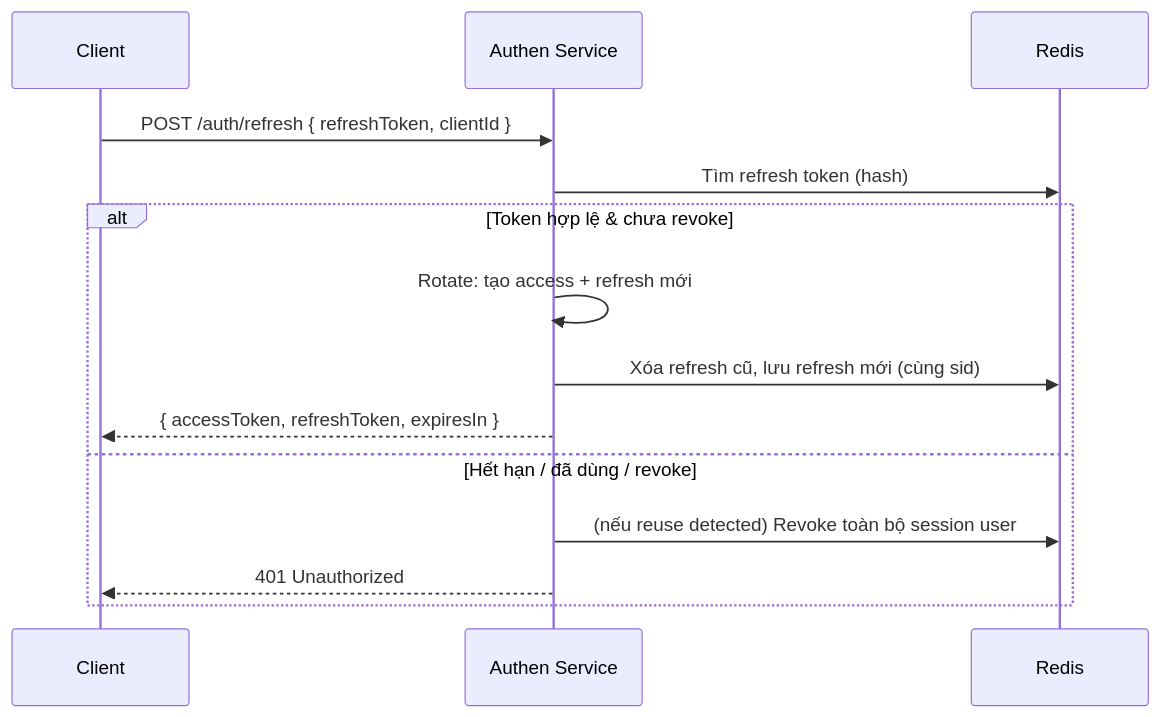
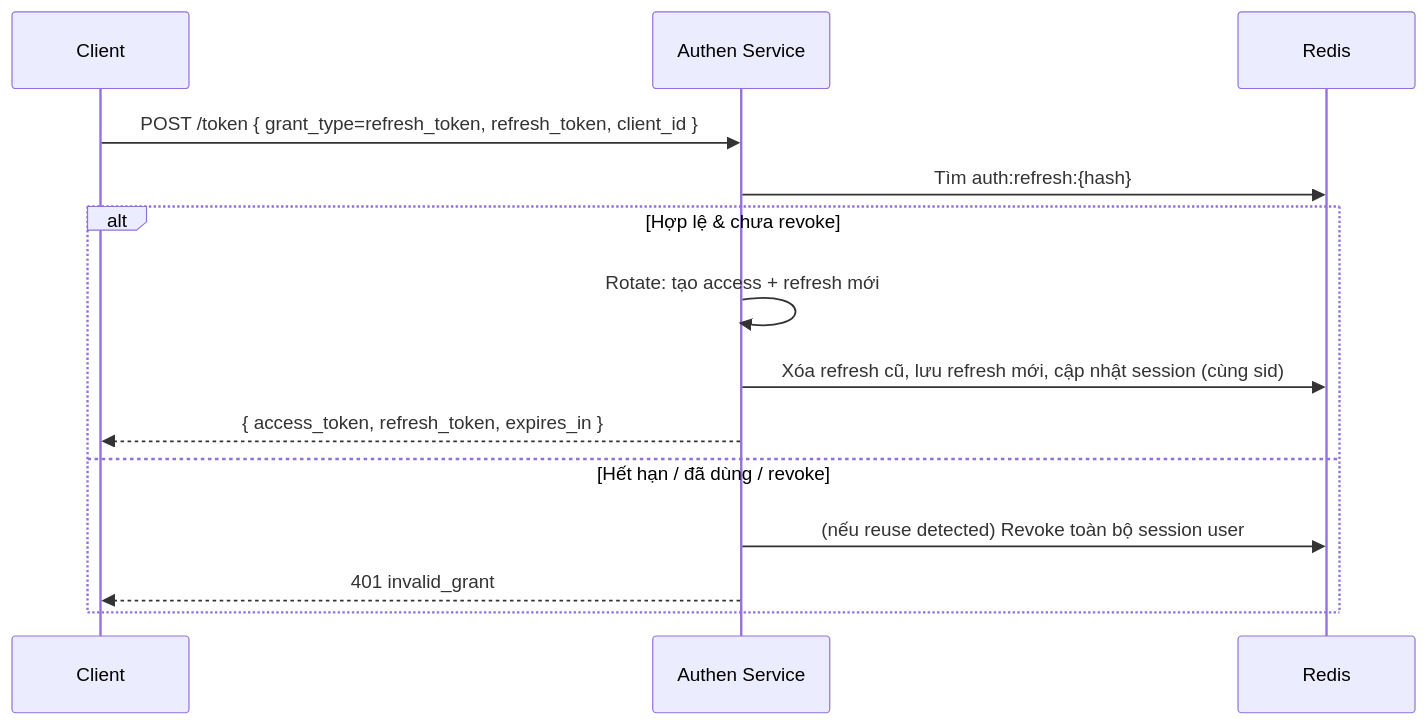
One commit to trandangkhoanlmt/authenService changed the sixth of 7 diagrams in docs/auth-service-design.md. Above: the diagram before and after it, drawn with Mermaid. The commit also changed other lines of this file, not shown here.

````diff
--- a/docs/auth-service-design.md
+++ b/docs/auth-service-design.md
@@ -324,17 +466,17 @@
 ```mermaid
 sequenceDiagram
     participant C as Client
     participant A as Authen Service
     participant R as Redis
 
-    C->>A: POST /auth/refresh { refreshToken, clientId }
-    A->>R: Tìm refresh token (hash)
-    alt Token hợp lệ & chưa revoke
+    C->>A: POST /token { grant_type=refresh_token, refresh_token, client_id }
+    A->>R: Tìm auth:refresh:{hash}
+    alt Hợp lệ & chưa revoke
         A->>A: Rotate: tạo access + refresh mới
-        A->>R: Xóa refresh cũ, lưu refresh mới (cùng sid)
-        A-->>C: { accessToken, refreshToken, expiresIn }
+        A->>R: Xóa refresh cũ, lưu refresh mới, cập nhật session (cùng sid)
+        A-->>C: { access_token, refresh_token, expires_in }
     else Hết hạn / đã dùng / revoke
         A->>R: (nếu reuse detected) Revoke toàn bộ session user
-        A-->>C: 401 Unauthorized
+        A-->>C: 401 invalid_grant
     end
 ```
````
